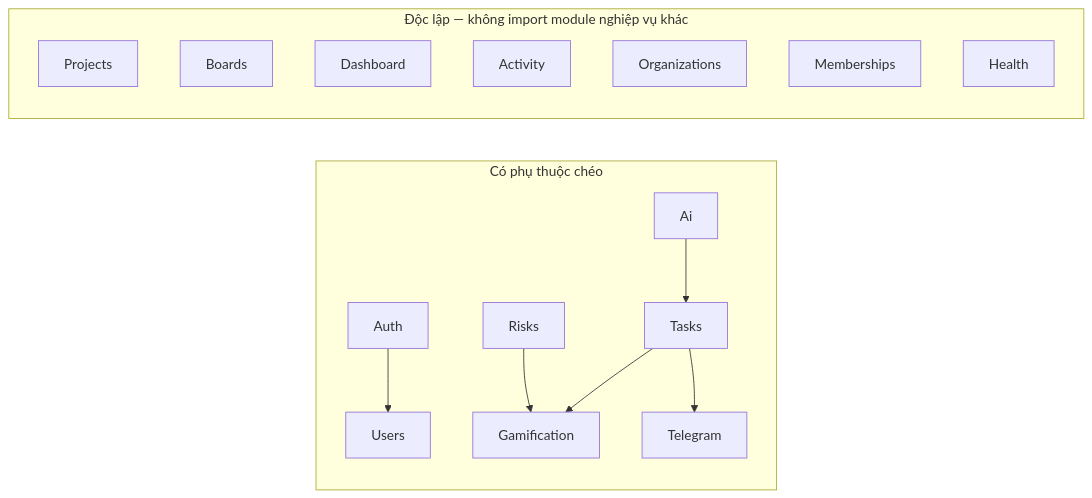
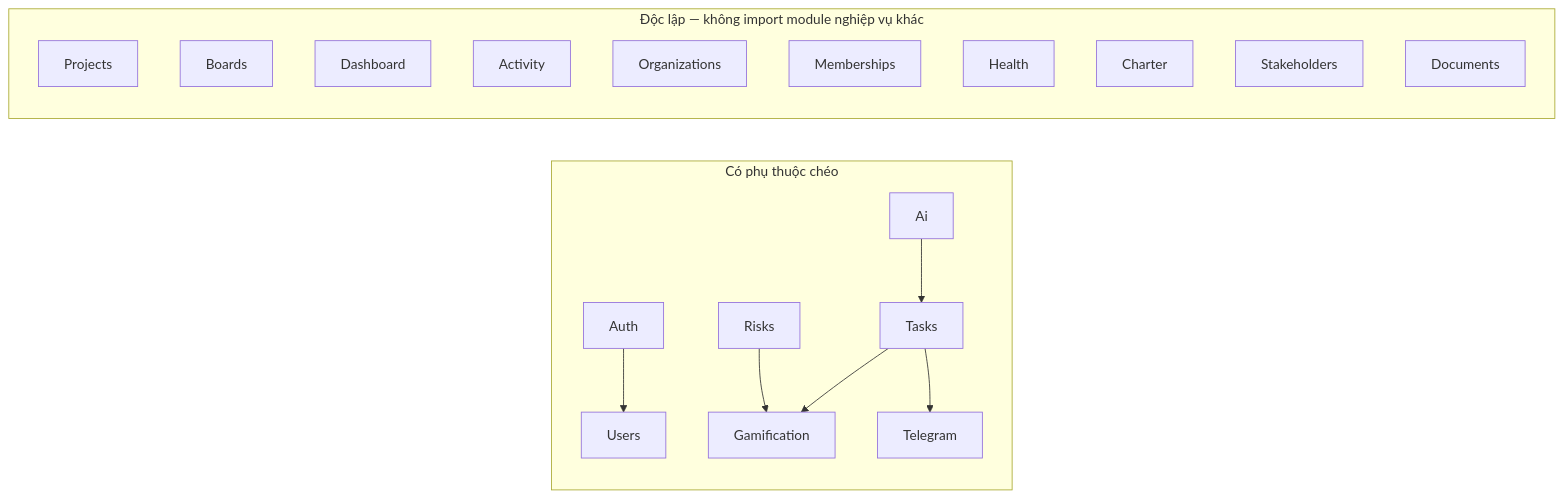
Before and after one commit to greyhub/pmtool: the seventh of 11 diagrams in docs/kien-truc.md, drawn with Mermaid. The commit also changed other lines of this file and 43 other files, not shown here.

First line of the commit message:
feat: add PMBOK project artifacts — Charter, Stakeholder Register, Document Registry (Phase 4a)

````diff
--- a/docs/kien-truc.md
+++ b/docs/kien-truc.md
@@ -183,21 +202,24 @@
 ```mermaid
 flowchart LR
     subgraph DEPS["Có phụ thuộc chéo"]
         direction TB
         Auth --> Users
         Ai --> Tasks
         Tasks --> Gamification
         Tasks --> Telegram
         Risks --> Gamification
     end
     subgraph STANDALONE["Độc lập — không import module nghiệp vụ khác"]
         direction TB
         Projects
         Boards
         Dashboard
         Activity
         Organizations
         Memberships
         Health
+        Charter
+        Stakeholders
+        Documents
     end
 ```
````
